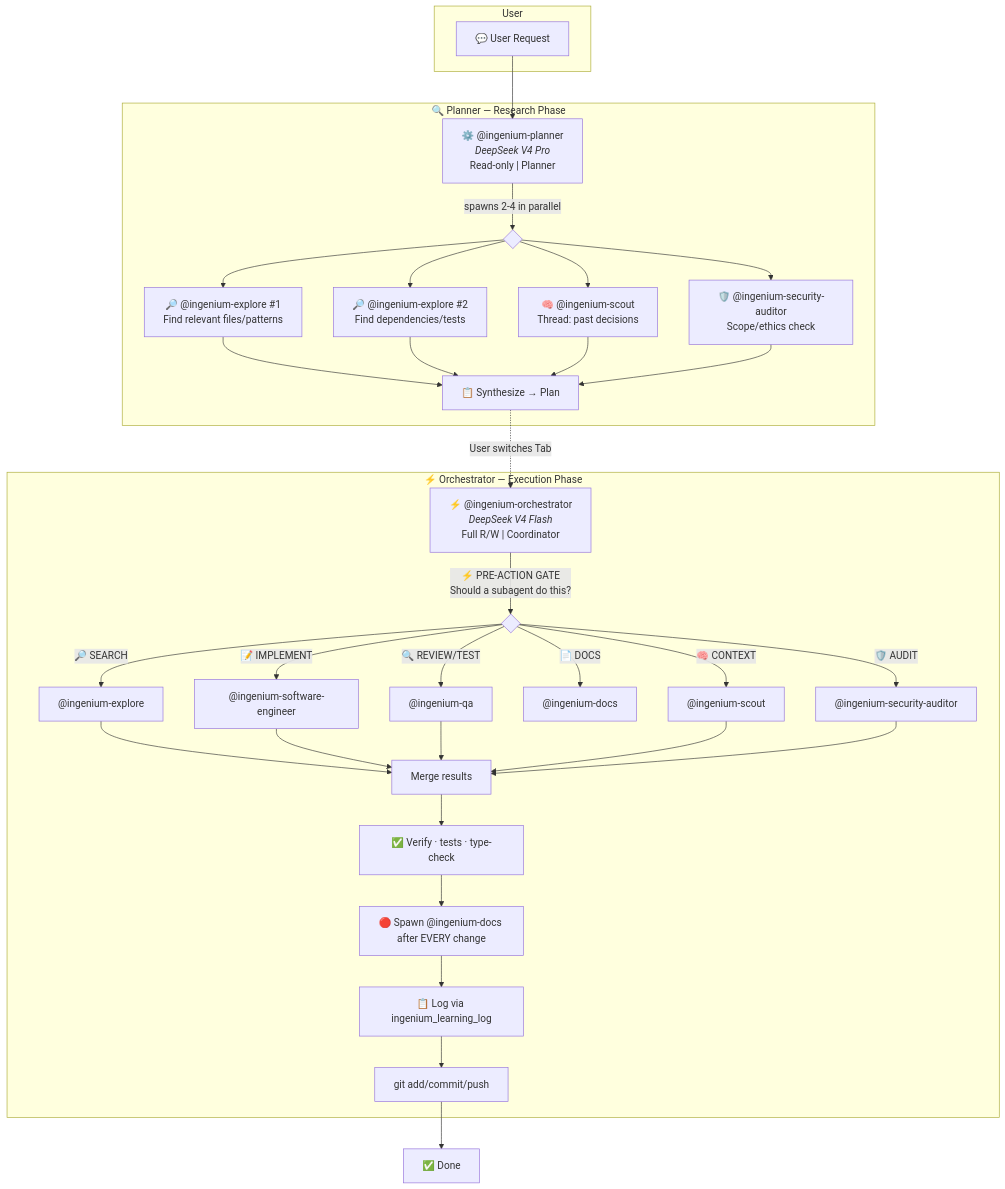
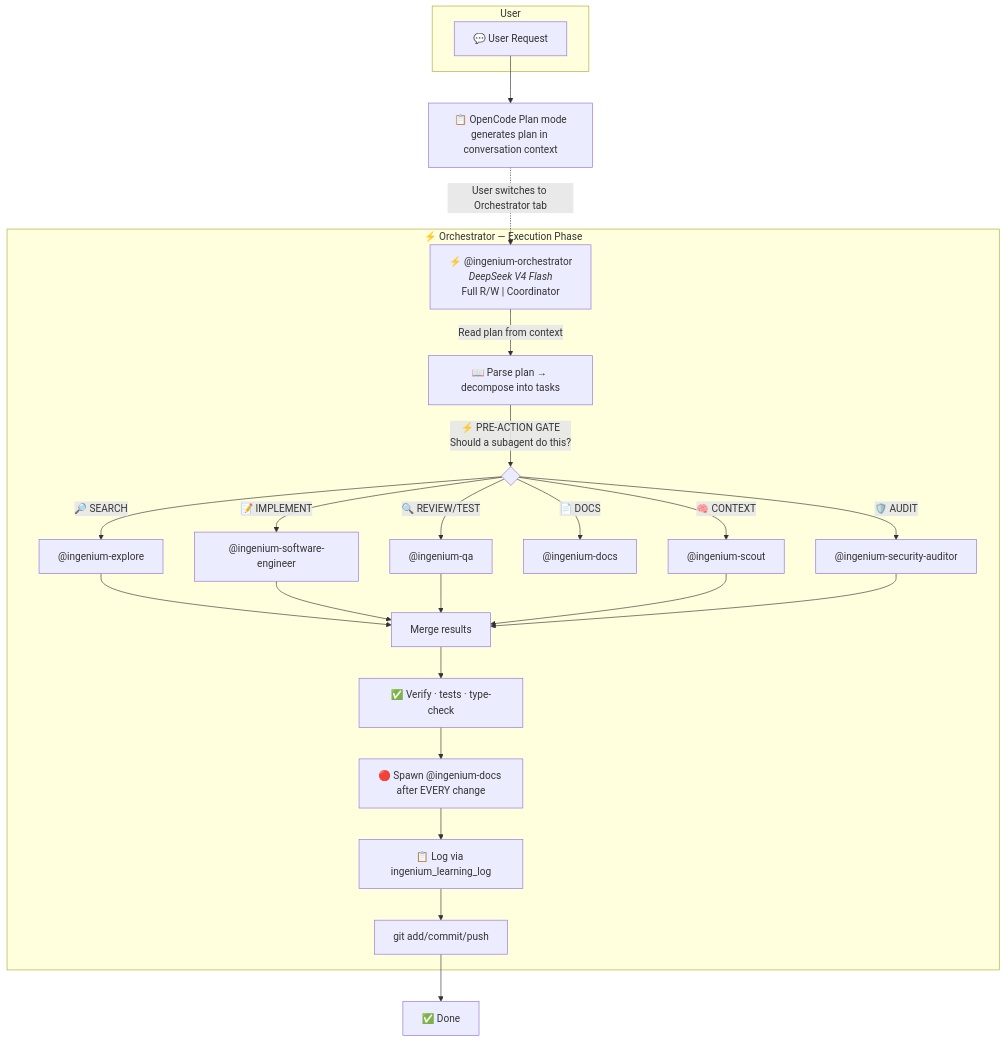
The first of 4 diagrams in docs/agents.md (jtmb/ingenium), drawn with Mermaid before and after one commit. The commit also changed other lines of this file and 15 other files, not shown here.

````diff
--- a/docs/agents.md
+++ b/docs/agents.md
@@ -7,45 +7,34 @@
 ```mermaid
 flowchart TB
     subgraph User
         REQ["💬 User Request"]
     end
 
-    REQ --> P["⚙️ @ingenium-planner<br/><i>DeepSeek V4 Pro</i><br/>Read-only | Planner"]
+    REQ --> PLAN["📋 OpenCode Plan mode<br/>generates plan in conversation context"]
 
-    subgraph Planner["🔍 Planner — Research Phase"]
-        P -->|"spawns 2-4 in parallel"| PARALLEL{ }
-        PARALLEL --> EXP1["🔎 @ingenium-explore #1<br/>Find relevant files/patterns"]
-        PARALLEL --> EXP2["🔎 @ingenium-explore #2<br/>Find dependencies/tests"]
-        PARALLEL --> SCT["🧠 @ingenium-scout<br/>Thread: past decisions"]
-        PARALLEL --> SA["🛡️ @ingenium-security-auditor<br/>Scope/ethics check"]
-        EXP1 --> SYNTH["📋 Synthesize → Plan"]
-        EXP2 --> SYNTH
-        SCT --> SYNTH
-        SA --> SYNTH
-    end
-
-    SYNTH -.->|"User switches Tab"| O
+    PLAN -.->|"User switches to Orchestrator tab"| O
 
     O["⚡ @ingenium-orchestrator<br/><i>DeepSeek V4 Flash</i><br/>Full R/W | Coordinator"]
 
     subgraph Orchestrator["⚡ Orchestrator — Execution Phase"]
-        O -->|"⚡ PRE-ACTION GATE<br/>Should a subagent do this?"| GATE{ }
+        O -->|"Read plan from context"| READPLAN["📖 Parse plan → decompose into tasks"]
+        READPLAN -->|"⚡ PRE-ACTION GATE<br/>Should a subagent do this?"| GATE{ }
         GATE -->|"🔎 SEARCH"| EXP["@ingenium-explore"]
         GATE -->|"📝 IMPLEMENT"| SE["@ingenium-software-engineer"]
         GATE -->|"🔍 REVIEW/TEST"| QA["@ingenium-qa"]
         GATE -->|"📄 DOCS"| DOCS["@ingenium-docs"]
         GATE -->|"🛡️ AUDIT"| AUDITOR["@ingenium-security-auditor"]
         GATE -->|"🧠 CONTEXT"| SCOUT["@ingenium-scout"]
         EXP --> MERGE["Merge results"]
         SE --> MERGE
         QA --> MERGE
         SCOUT --> MERGE
         AUDITOR --> MERGE
         MERGE --> VERIFY["✅ Verify · tests · type-check"]
         VERIFY --> DOC["🔴 Spawn @ingenium-docs after EVERY change"]
         DOC --> LEARN["📋 Log via ingenium_learning_log"]
         LEARN --> COMMIT["git add/commit/push"]
     end
 
     COMMIT --> DONE["✅ Done"]
 ```
````
